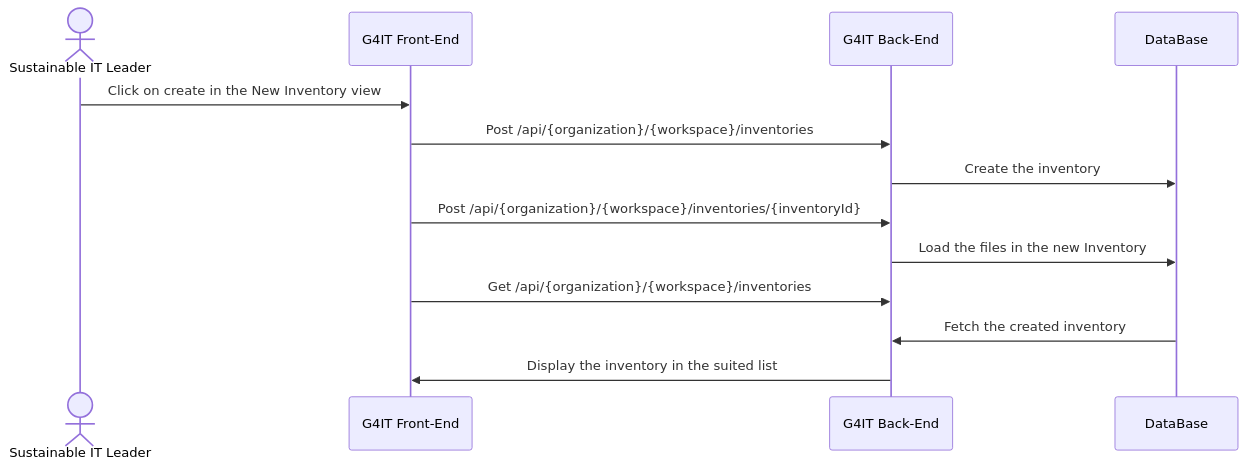
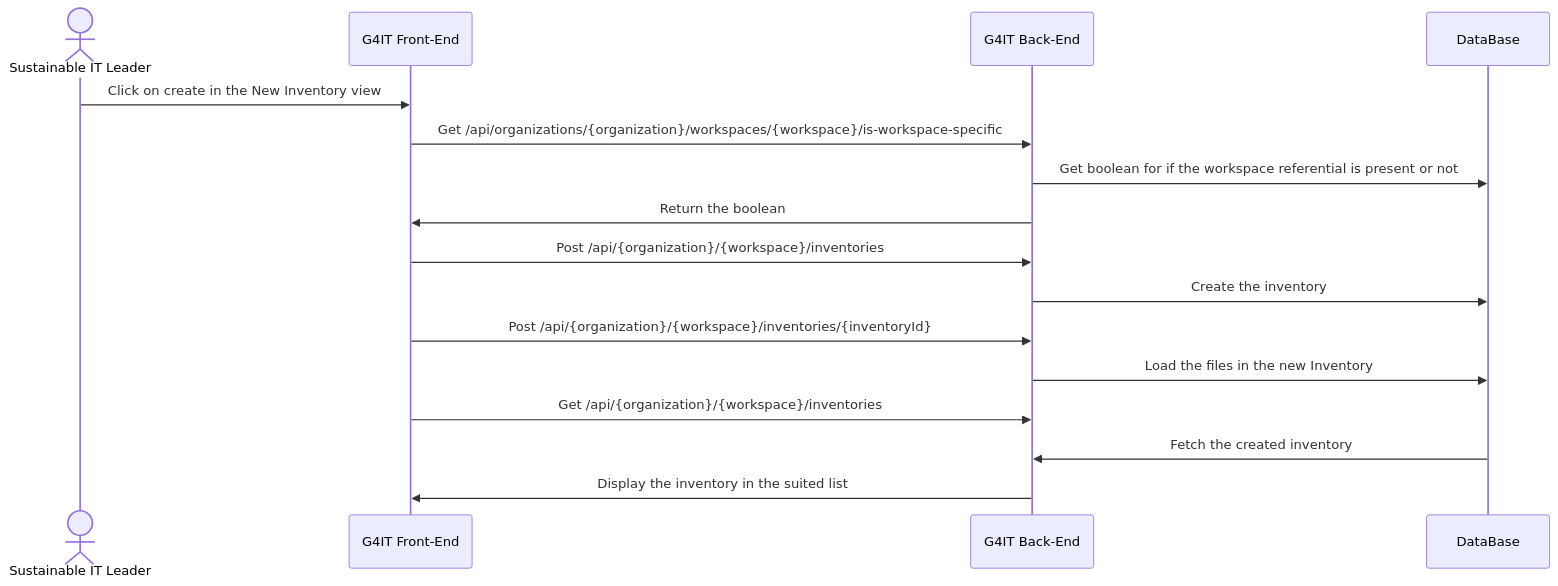
Before and after one commit to teamg4it/g4it: the third of 4 diagrams in services/documentation/content/2-functional-documentation/use_cases/uc_inventory/uc2_create_inventory.md, drawn with Mermaid. The commit also changed other lines of this file and 11 other files, not shown here.

```diff
--- a/services/documentation/content/2-functional-documentation/use_cases/uc_inventory/uc2_create_inventory.md
+++ b/services/documentation/content/2-functional-documentation/use_cases/uc_inventory/uc2_create_inventory.md
@@ -109,17 +112,20 @@
 {{< mermaid align="center">}}
 sequenceDiagram
 actor RND as Sustainable IT Leader
 participant front as G4IT Front-End
 participant back as G4IT Back-End
 participant DataBase
 
 RND ->> front: Click on create in the New Inventory view
+front ->> back: Get /api/organizations/{organization}/workspaces/{workspace}/is-workspace-specific
+back ->> DataBase: Get boolean for if the workspace referential is present or not
+back ->> front: Return the boolean
 front ->> back: Post /api/{organization}/{workspace}/inventories
 back ->> DataBase: Create the inventory
 front ->> back: Post /api/{organization}/{workspace}/inventories/{inventoryId}
 back ->> DataBase: Load the files in the new Inventory
 front ->> back: Get /api/{organization}/{workspace}/inventories
 DataBase ->> back: Fetch the created inventory
 back ->> front: Display the inventory in the suited list
 
 {{</ mermaid >}}
```
